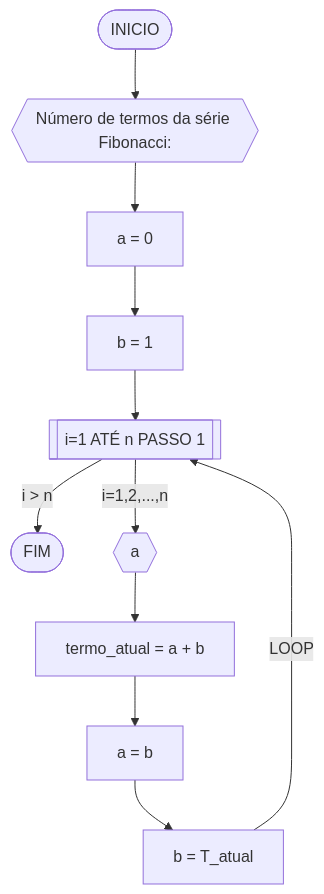
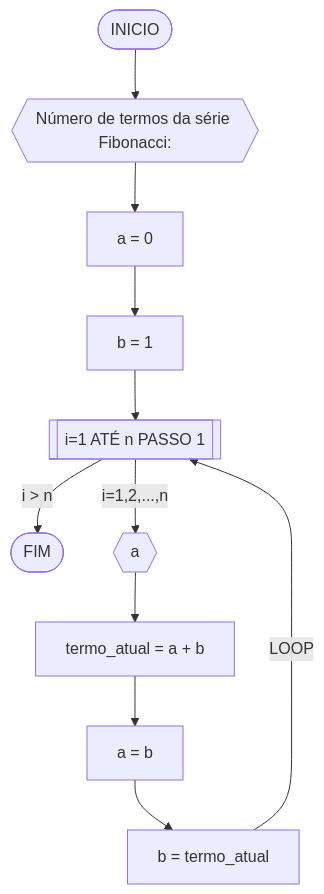
The sixth of 7 diagrams in RLA/Unidade1/ResoluçãoAD1.md (Kremmydi/unifor), drawn with Mermaid before and after one commit. The commit also changed other lines of this file, not shown here.

````diff
--- a/RLA/Unidade1/ResoluçãoAD1.md
+++ b/RLA/Unidade1/ResoluçãoAD1.md
@@ -265,13 +276,13 @@
 ```mermaid
 flowchart TD
 A([INICIO]) --> B{{"Número de termos da série Fibonacci:"}}
 B --> C[a = 0]
 C --> D[b = 1]
 D --> E[[i=1 ATÉ n PASSO 1]]
 E --"i > n"--> J([FIM])
 E --"i=1,2,...,n"--> F{{a}}
 F --> G[termo_atual = a + b]
 G --> H[a = b]
-H --> I[b = T_atual]
+H --> I[b = termo_atual]
 I --LOOP--> E 
 ```
````
